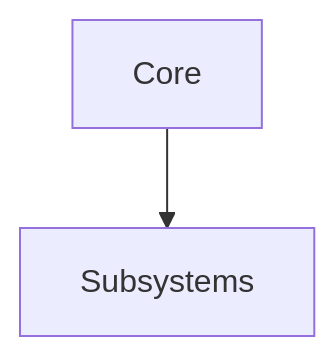
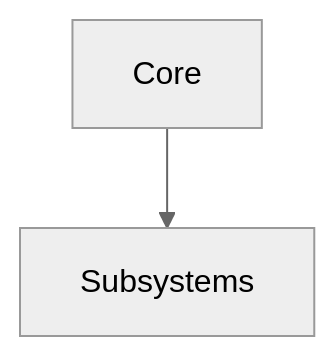
The diagram in docs/authoring/_instructions/01-cpp-api.instructions.md (lukaszj321/otcv8-dev), drawn with Mermaid before and after one commit. The commit also changed other lines of this file, not shown here.

````diff
--- a/docs/authoring/_instructions/01-cpp-api.instructions.md
+++ b/docs/authoring/_instructions/01-cpp-api.instructions.md
@@ -109,5 +109,6 @@
-```{mermaid}
+```mermaid
+%%{init: {'theme':'neutral','securityLevel':'loose'}}%%
 graph TD
   Core[Core] --> Subsystems[Subsystems]
   click Core "./index.html#facet-01_core.architecture" "Open architecture"
 ```
````
